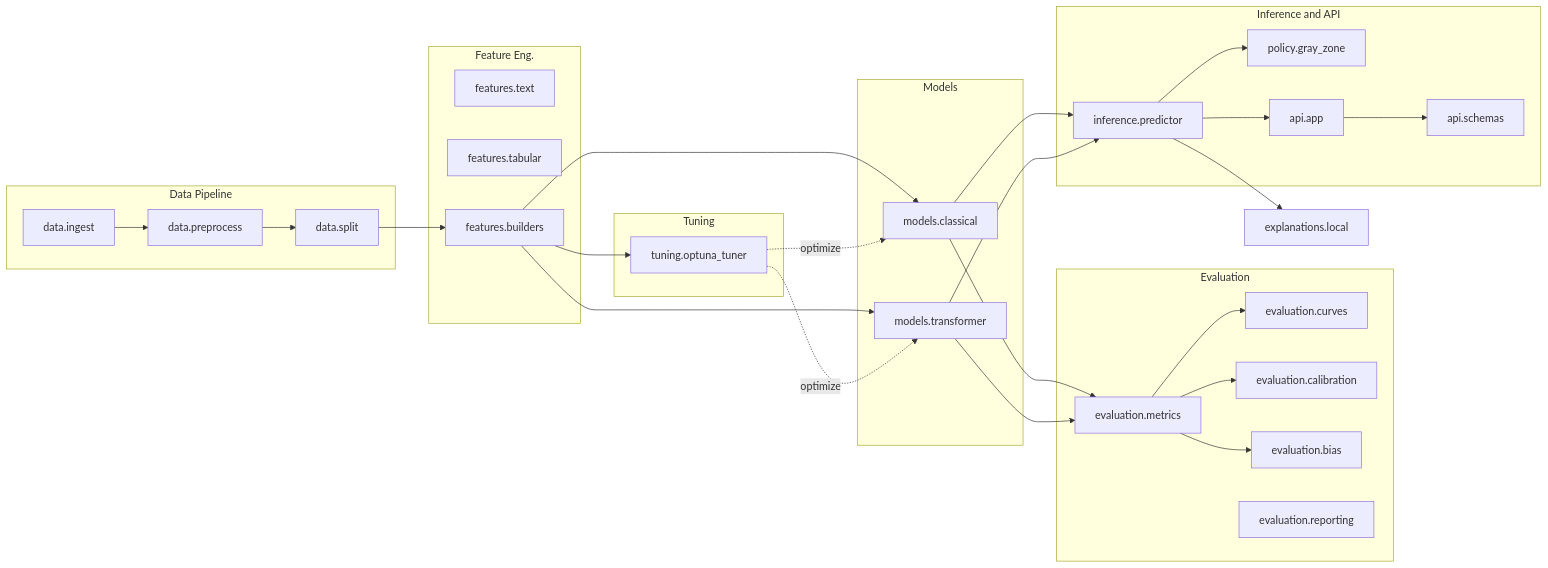
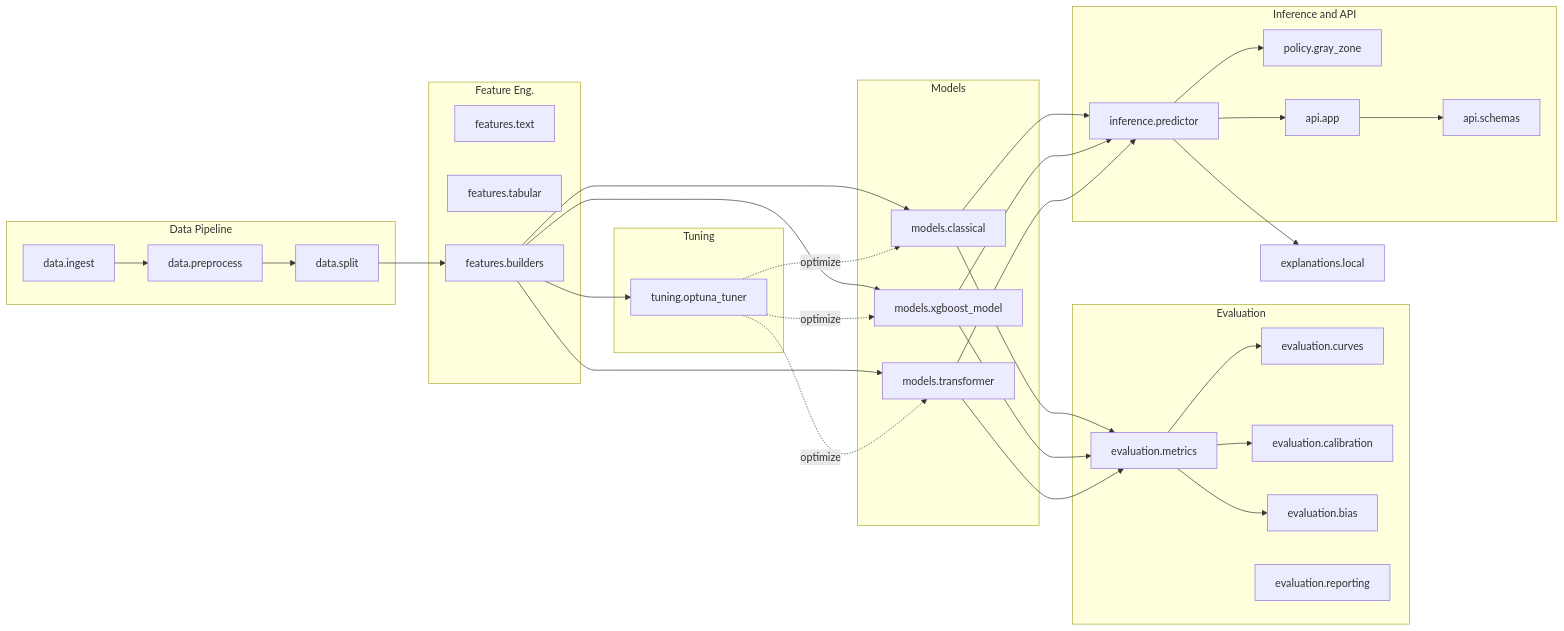
Before and after one commit to hoangsonww/Spot-the-Scam-AI-Job-Fraud: the second of 6 diagrams in ARCHITECTURE.md, drawn with Mermaid. The commit also changed other lines of this file and 2 other files, not shown here.

Commit message:
feat: enhance architecture and documentation with XGBoost integration, weighted ensembles, and benchmark persistence

````diff
--- a/ARCHITECTURE.md
+++ b/ARCHITECTURE.md
@@ -62,51 +62,56 @@
 ```mermaid
 graph LR
     subgraph Data Pipeline
         D1[data.ingest]
         D2[data.preprocess]
         D3[data.split]
     end
     subgraph Feature Eng.
         F1[features.text]
         F2[features.tabular]
         F3[features.builders]
     end
     subgraph Models
         M1[models.classical]
-        M2[models.transformer]
+        M2[models.xgboost_model]
+        M3[models.transformer]
     end
     subgraph Tuning
         T1[tuning.optuna_tuner]
     end
     subgraph Evaluation
         E1[evaluation.metrics]
         E2[evaluation.curves]
         E3[evaluation.calibration]
         E4[evaluation.bias]
         E5[evaluation.reporting]
     end
     subgraph Inference and API
         I1[inference.predictor]
         I2[policy.gray_zone]
         I3[api.schemas]
         I4[api.app]
     end
 
     D1 --> D2 --> D3 --> F3
     F3 --> M1
     F3 --> M2
+    F3 --> M3
     F3 --> T1
     T1 -.optimize.-> M1
     T1 -.optimize.-> M2
+    T1 -.optimize.-> M3
     M1 --> E1
     M2 --> E1
+    M3 --> E1
     E1 --> E2
     E1 --> E3
     E1 --> E4
     M1 --> I1
     M2 --> I1
+    M3 --> I1
     I1 --> I2
     I1 --> I4
     I4 --> I3
     I1 --> I5[explanations.local]
 ```
````
